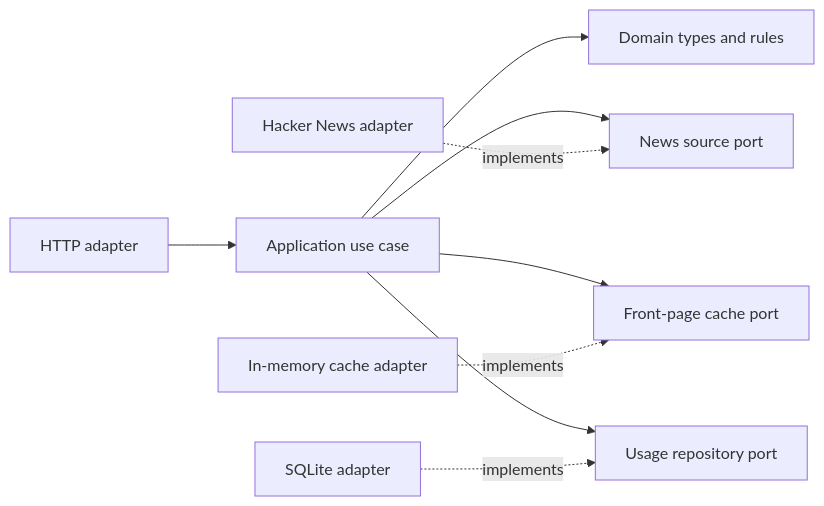
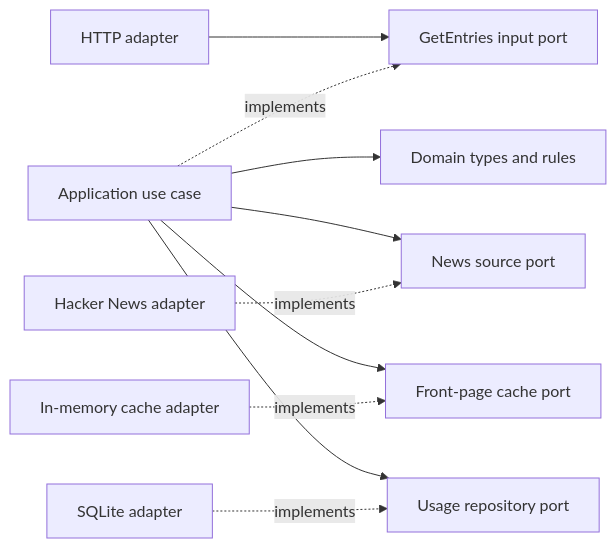
The diagram in docs/architecture.md (raphael899/hacker-news-crawler), drawn with Mermaid before and after one commit. The commit also changed other lines of this file, not shown here.

Commit message:
docs: describe the input port, filter strategies, and failure statuses

````diff
--- a/docs/architecture.md
+++ b/docs/architecture.md
@@ -9,11 +9,12 @@
 ```mermaid
 flowchart LR
-  HTTP[HTTP adapter] --> UseCase[Application use case]
+  HTTP[HTTP adapter] --> InputPort[GetEntries input port]
+  UseCase[Application use case] -. implements .-> InputPort
   UseCase --> Domain[Domain types and rules]
   UseCase --> SourcePort[News source port]
   HN[Hacker News adapter] -. implements .-> SourcePort
   UseCase --> CachePort[Front-page cache port]
   Cache[In-memory cache adapter] -. implements .-> CachePort
   UseCase --> UsagePort[Usage repository port]
   SQLite[SQLite adapter] -. implements .-> UsagePort
 ```
````
